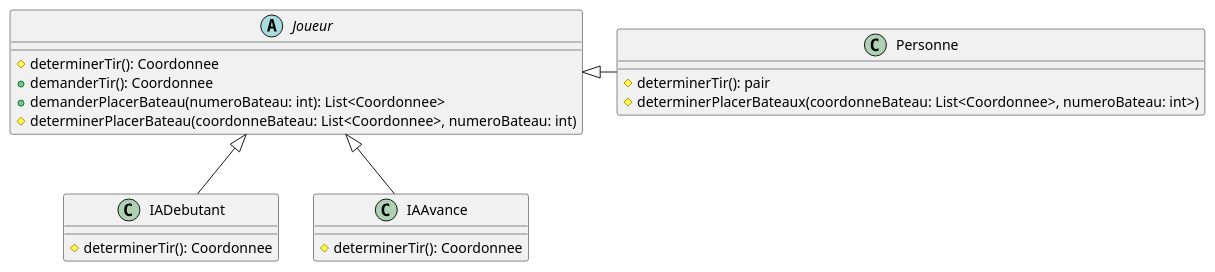
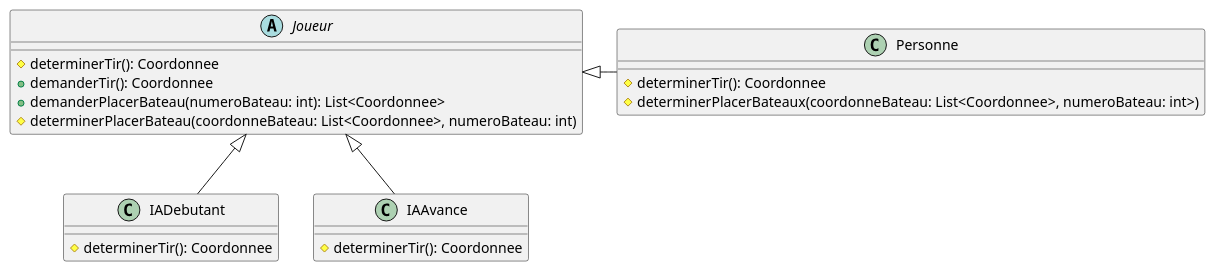
Before and after one commit to Patroklos99/5153_TP2-Battleship-AI-Pattern-Conception_Engineering2: the diagram in diagrammes_conception/diagrammes_patrons/classes_template_method.puml, drawn with PlantUML. The commit also changed 1 other file, not shown here.

Commit message:
changement de diagrammes de joueur

```diff
--- a/diagrammes_conception/diagrammes_patrons/classes_template_method.puml
+++ b/diagrammes_conception/diagrammes_patrons/classes_template_method.puml
@@ -1,35 +1,35 @@
 @startuml
 
 
 abstract class Joueur{
     # determinerTir(): Coordonnee
     + demanderTir(): Coordonnee
     + demanderPlacerBateau(numeroBateau: int): List<Coordonnee>
     # determinerPlacerBateau(coordonneBateau: List<Coordonnee>, numeroBateau: int)
 }
 
 
 
 
 
 class IADebutant {
     # determinerTir(): Coordonnee
 }
 
 class IAAvance{
     # determinerTir(): Coordonnee
 }
 
 
 class Personne {
-    # determinerTir(): pair
+    # determinerTir(): Coordonnee
     # determinerPlacerBateaux(coordonneBateau: List<Coordonnee>, numeroBateau: int>)
 }
 
 
 
 Joueur <|- Personne
 Joueur <|-down- IADebutant
 Joueur <|-down- IAAvance
 
 @enduml
```
